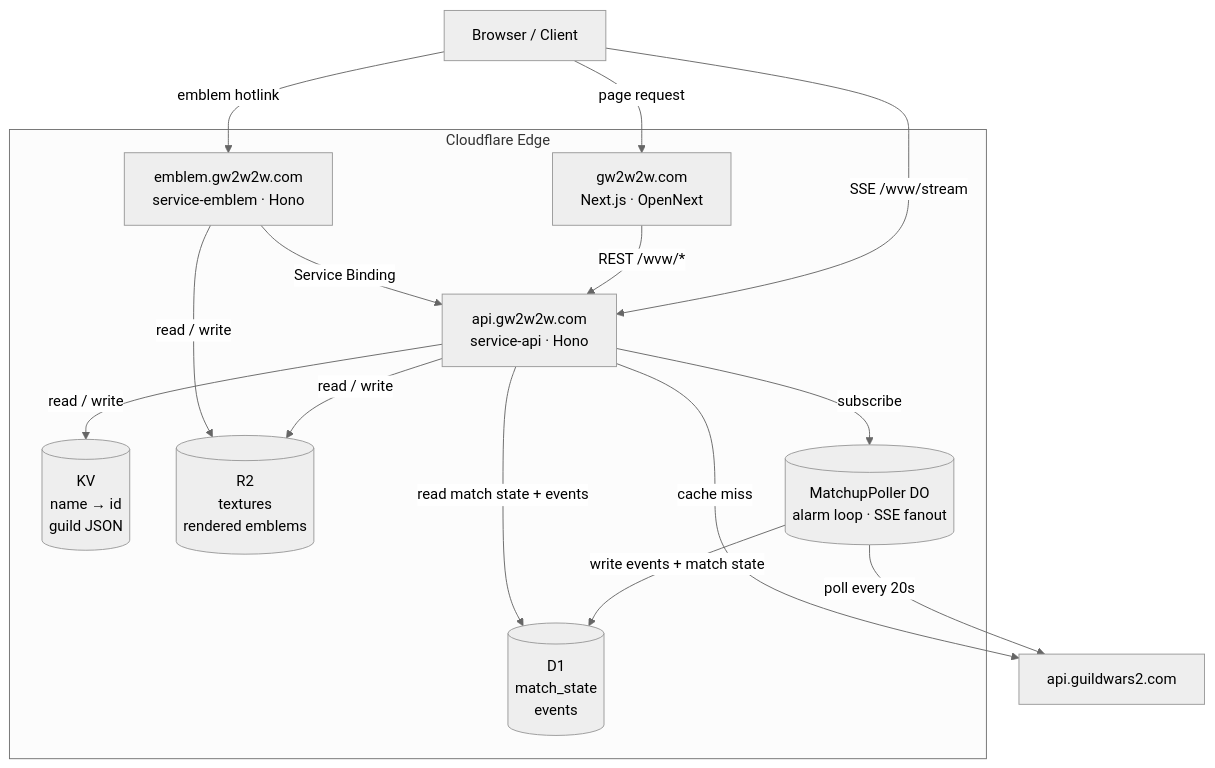
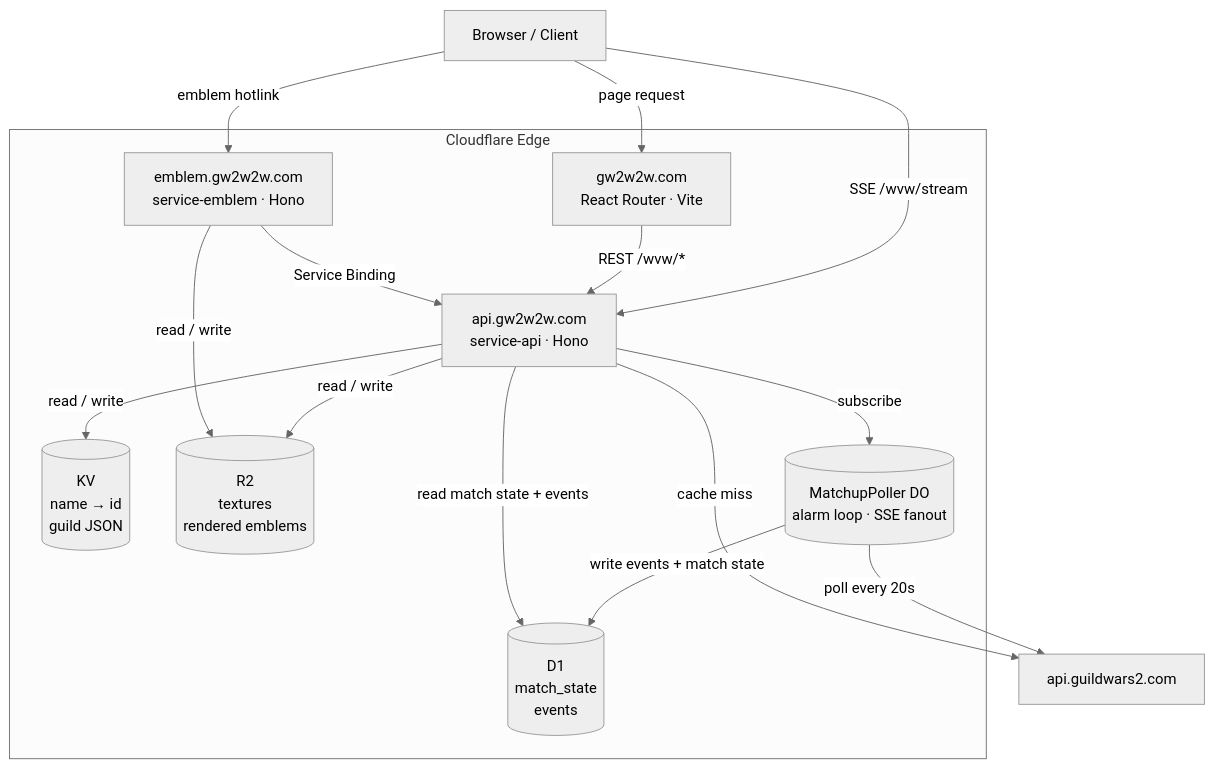
One commit to fooey/gw2w2w-cloudflare changed the diagram in README.md. Above: the diagram before and after it, drawn with Mermaid (neutral theme). The commit also changed other lines of this file and 86 other files, not shown here.

Commit message:
port gw2w2w from Next.js to Vite + React Router v8

````diff
--- a/README.md
+++ b/README.md
@@ -17,30 +17,30 @@
 ```mermaid
 graph TD
     User["Browser / Client"]
 
     subgraph CF["Cloudflare Edge"]
-        GW2W2W["gw2w2w.com<br/>Next.js · OpenNext"]
+        GW2W2W["gw2w2w.com<br/>React Router · Vite"]
         Emblem["emblem.gw2w2w.com<br/>service-emblem · Hono"]
         API["api.gw2w2w.com<br/>service-api · Hono"]
         D1[("D1<br/>match_state<br/>events")]
         KV[("KV<br/>name → id<br/>guild JSON")]
         R2[("R2<br/>textures<br/>rendered emblems")]
         DO[("MatchupPoller DO<br/>alarm loop · SSE fanout")]
     end
 
     GW2API["api.guildwars2.com"]
 
     User -->|page request| GW2W2W
     User -->|emblem hotlink| Emblem
     User -->|SSE /wvw/stream| API
     GW2W2W -->|REST /wvw/*| API
     Emblem -->|Service Binding| API
     API -->|subscribe| DO
     DO -->|poll every 20s| GW2API
     DO -->|write events + match state| D1
     API -->|read match state + events| D1
     API -->|read / write| KV
     API -->|read / write| R2
     Emblem -->|read / write| R2
     API -->|cache miss| GW2API
 ```
````
